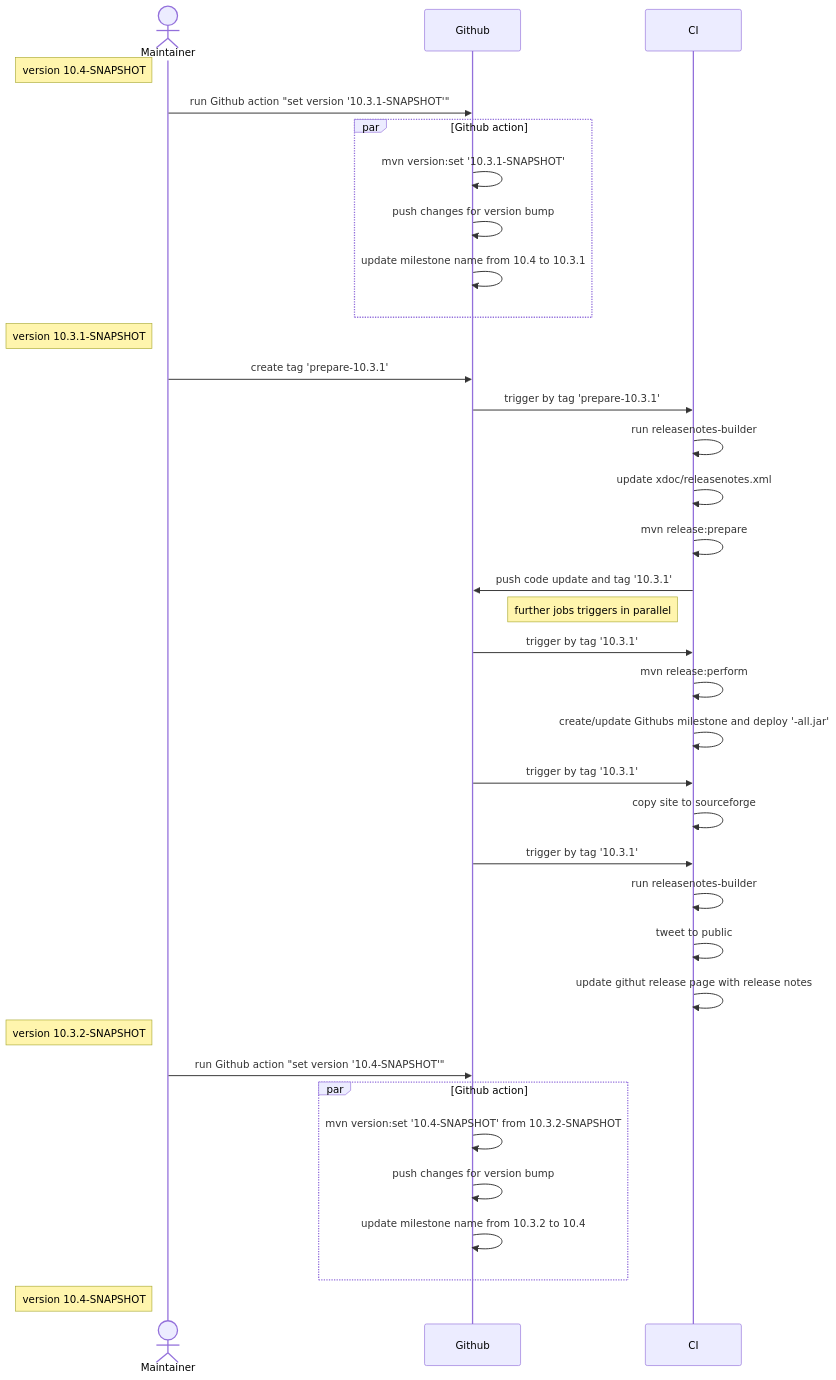
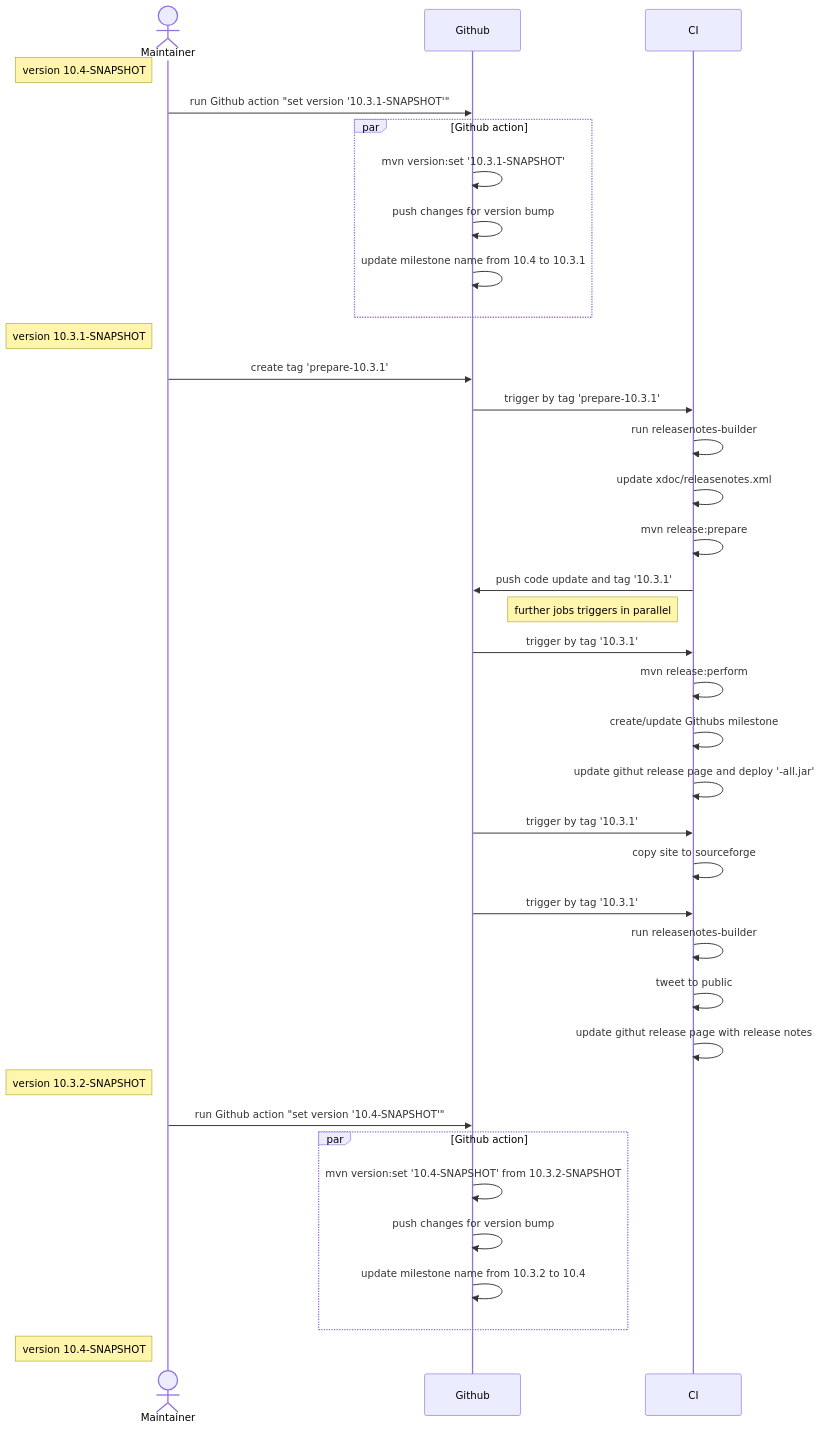
Before and after one commit to checkstyle/contribution: the diagram in releasenotes-builder/diagrams.md, drawn with Mermaid.

Commit message:
doc: diag: release page details

````diff
--- a/releasenotes-builder/diagrams.md
+++ b/releasenotes-builder/diagrams.md
@@ -5,46 +5,47 @@
 ```mermaid
 sequenceDiagram
     actor Maintainer
     participant Github
     participant CI
     
     Note left of Maintainer: version 10.4-SNAPSHOT
     Maintainer->>Github: run Github action "set version '10.3.1-SNAPSHOT'"
     par Github action
         Github->>Github: mvn version:set '10.3.1-SNAPSHOT'
         Github->>Github: push changes for version bump
         Github->>Github: update milestone name from 10.4 to 10.3.1
     end
     
     Note left of Maintainer: version 10.3.1-SNAPSHOT
     Maintainer->>Github: create tag 'prepare-10.3.1'
     
     Github->>CI: trigger by tag 'prepare-10.3.1'
     CI->>CI: run releasenotes-builder
     CI->>CI: update xdoc/releasenotes.xml
     CI->>CI: mvn release:prepare
     CI->>Github: push code update and tag '10.3.1'
 
     Note left of CI: further jobs triggers in parallel
     
     Github->>CI: trigger by tag '10.3.1'
     CI->>CI: mvn release:perform
-    CI->>CI: create/update Githubs milestone and deploy '-all.jar'
+    CI->>CI: create/update Githubs milestone
+    CI->>CI: update githut release page and deploy '-all.jar'
     
     Github->>CI: trigger by tag '10.3.1'
     CI->>CI: copy site to sourceforge
 
     Github->>CI: trigger by tag '10.3.1'
     CI->>CI: run releasenotes-builder
     CI->>CI: tweet to public
     CI->>CI: update githut release page with release notes
 
     Note left of Maintainer: version 10.3.2-SNAPSHOT
     Maintainer->>Github: run Github action "set version '10.4-SNAPSHOT'"
     par Github action
         Github->>Github: mvn version:set '10.4-SNAPSHOT' from 10.3.2-SNAPSHOT
         Github->>Github: push changes for version bump
         Github->>Github: update milestone name from 10.3.2 to 10.4
     end
     Note left of Maintainer: version 10.4-SNAPSHOT
 ```
````
